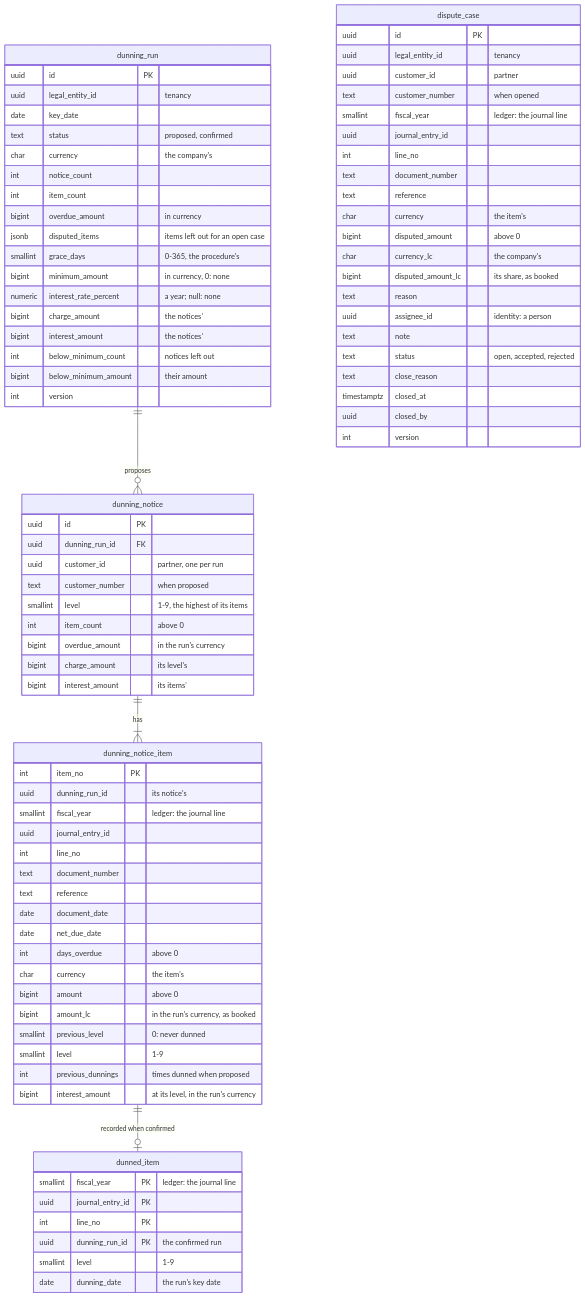
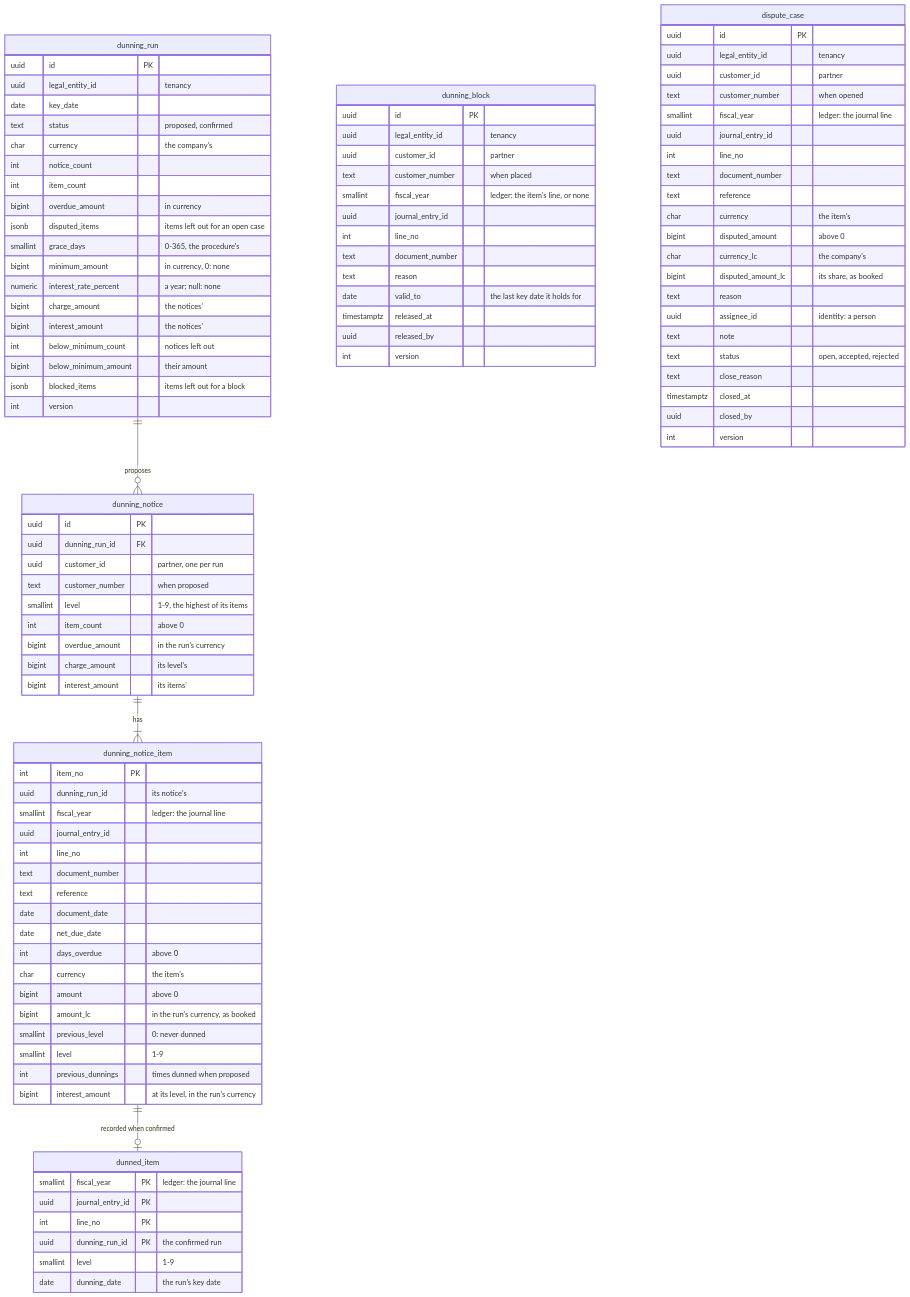
Diagram 15 of 20 in docs/design/03-data-model.md (mustie7iy/agentic-erp), drawn with Mermaid before and after one commit. The commit also changed other lines of this file and 37 other files, not shown here.

First line of the commit message:
T76e: dunning blocks on a customer and on an item, with a reason and an end date, honoured by the proposal

```diff
--- a/docs/design/03-data-model.md
+++ b/docs/design/03-data-model.md
@@ -4628,6 +4630,7 @@
     bigint interest_amount "the notices'"
     int below_minimum_count "notices left out"
     bigint below_minimum_amount "their amount"
+    jsonb blocked_items "items left out for a block"
     int version }
   dunning_notice { uuid id PK
     uuid dunning_run_id FK
@@ -4661,6 +4664,19 @@
     uuid dunning_run_id PK "the confirmed run"
     smallint level "1-9"
     date dunning_date "the run's key date" }
+  dunning_block { uuid id PK
+    uuid legal_entity_id "tenancy"
+    uuid customer_id "partner"
+    text customer_number "when placed"
+    smallint fiscal_year "ledger: the item's line, or none"
+    uuid journal_entry_id
+    int line_no
+    text document_number
+    text reason
+    date valid_to "the last key date it holds for"
+    timestamptz released_at
+    uuid released_by
+    int version }
   dispute_case { uuid id PK
     uuid legal_entity_id "tenancy"
     uuid customer_id "partner"
```
